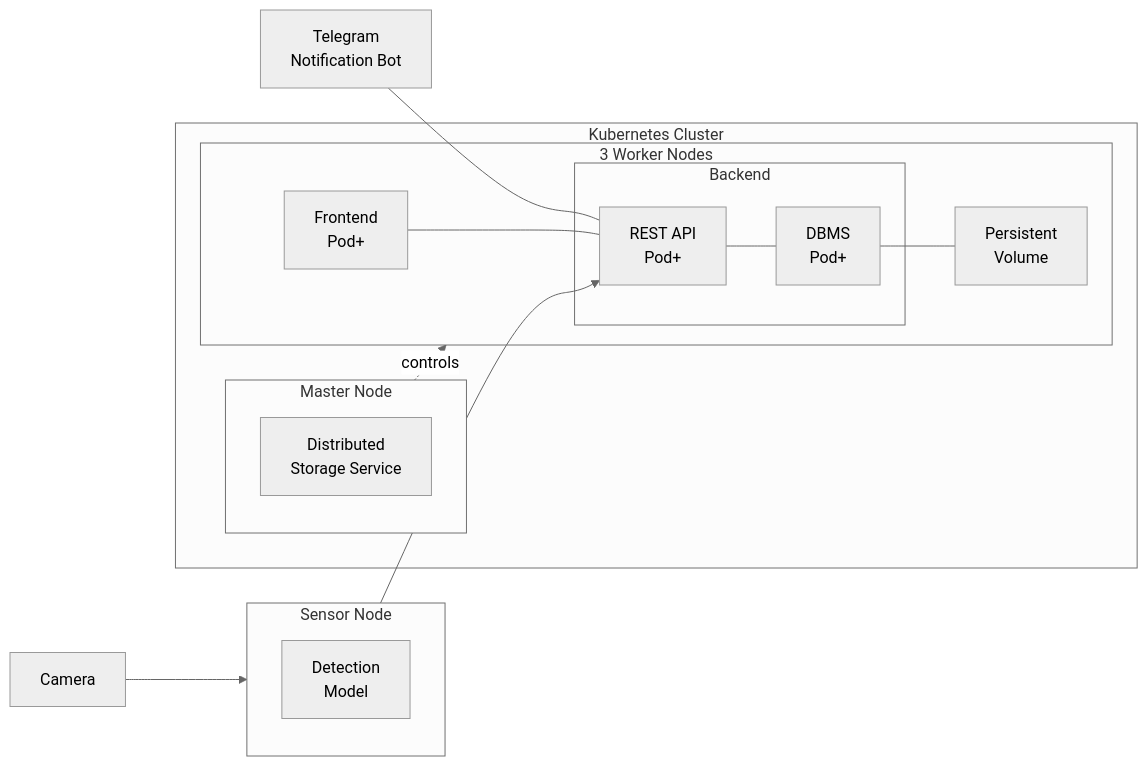
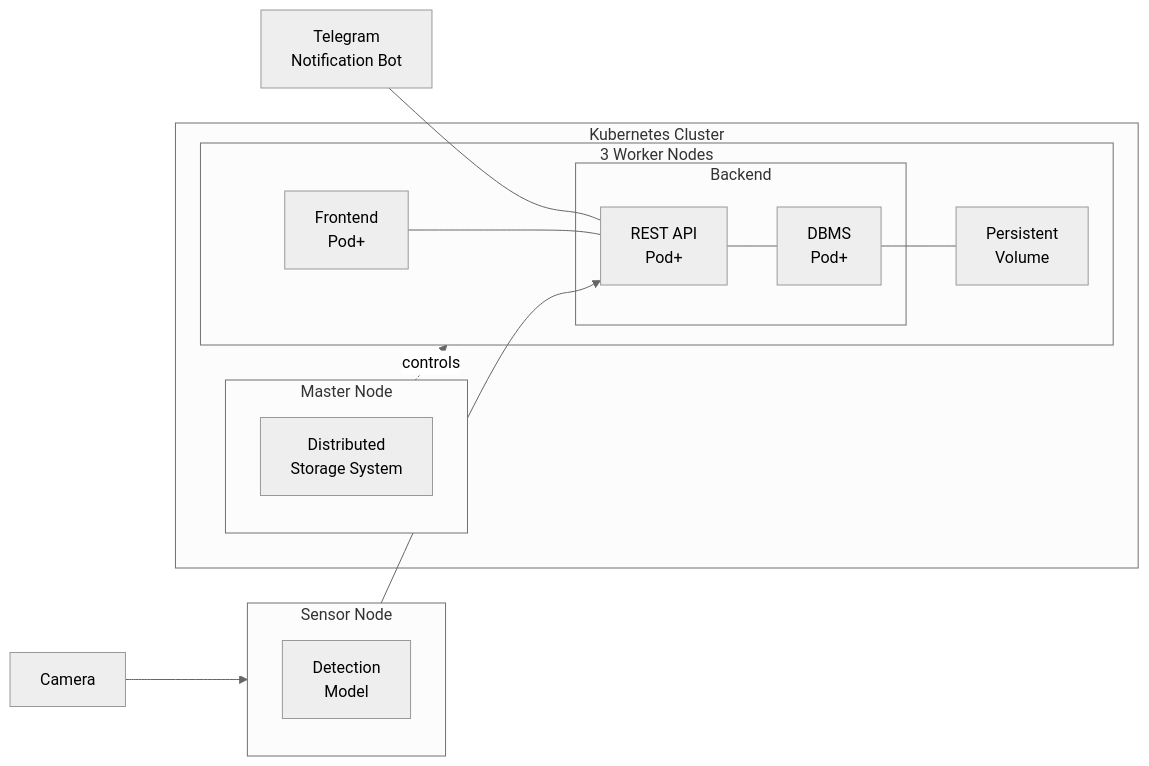
The second of 3 diagrams in docs/Group_2_SS23_ProjectReport.md (ccfrauasgr2/pet-detection), drawn with Mermaid (neutral theme) before and after one commit.

Commit message:
minor change

````diff
--- a/docs/Group_2_SS23_ProjectReport.md
+++ b/docs/Group_2_SS23_ProjectReport.md
@@ -56,35 +56,35 @@
 ```mermaid
 flowchart LR
   camera[Camera]
 
   subgraph sensornode[Sensor Node]
     model[Detection\nModel]
   end
 
   subgraph cluster[Kubernetes Cluster]
 
     subgraph masterNode[Master Node]
-      dss[Distributed\nStorage Service]
+      dss[Distributed\nStorage System]
     end
 
     subgraph workerNode[3 Worker Nodes]
       frontendContainer[Frontend\nPod+]
       
       subgraph backendContainer[Backend]
         restapiContainer[REST API\nPod+]
         dbmsContainer[DBMS\nPod+]
       end
 
       persistentVolume[Persistent\nVolume]
     end 
   end
 
   
   bot[Telegram\nNotification Bot]
 
   bot --- restapiContainer
   masterNode -.controls.-> workerNode
   frontendContainer --- restapiContainer --- dbmsContainer --- persistentVolume
   camera --> sensornode --> restapiContainer
   
 ```
````
